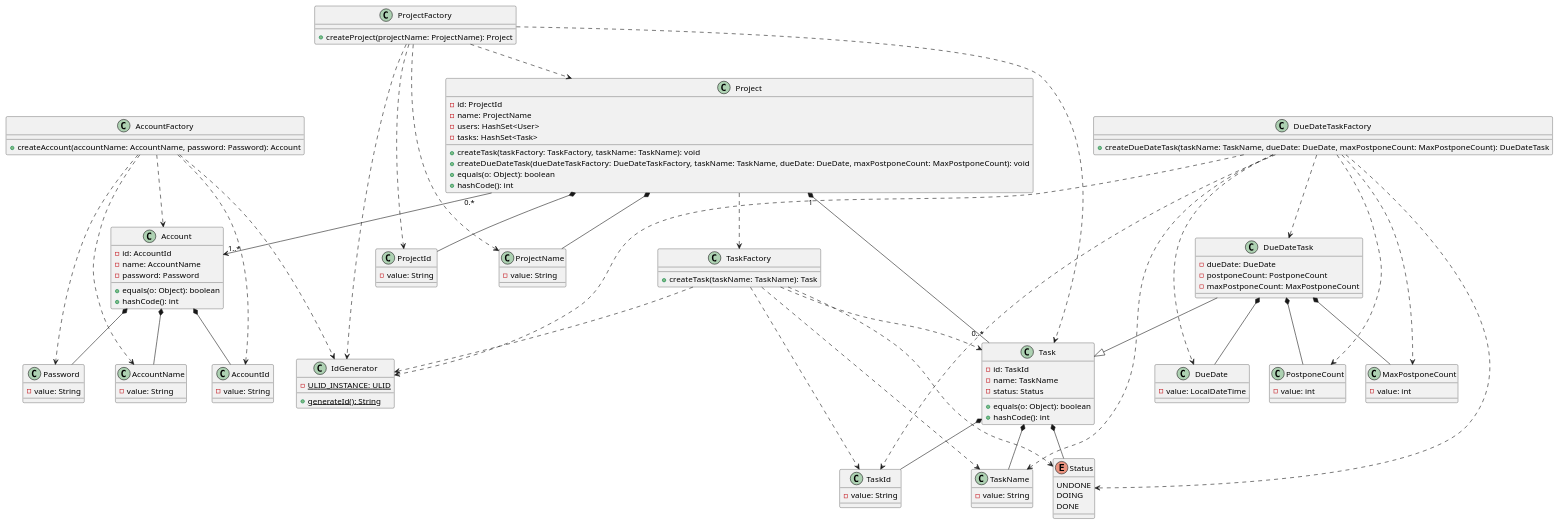
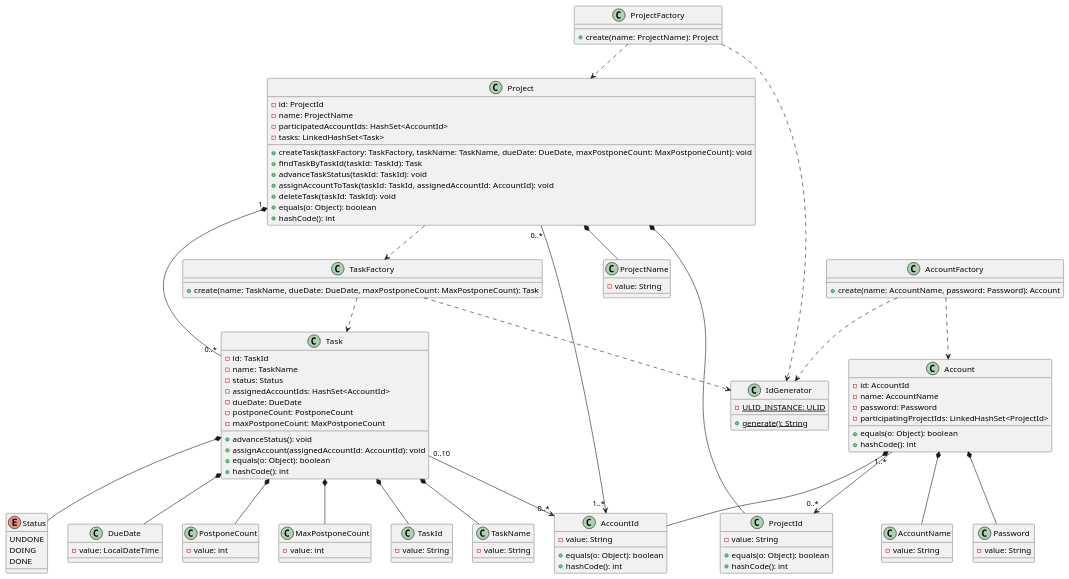
Before and after one commit to ORIKAMIxNEP/playground: the diagram in uml/class.puml, drawn with PlantUML. The commit also changed 98 other files, not shown here.

```diff
--- a/uml/class.puml
+++ b/uml/class.puml
@@ -1,140 +1,133 @@
 @startuml
 class Account {
   - id: AccountId
   - name: AccountName
   - password: Password
+  - participatingProjectIds: LinkedHashSet<ProjectId>
   + equals(o: Object): boolean
   + hashCode(): int
 }
 
 class AccountId {
   - value: String
+  + equals(o: Object): boolean
+  + hashCode(): int
 }
 
 class AccountName {
   - value: String
 }
 
 class Password {
   - value: String
 }
 
+Account *-- AccountId
+Account *-- AccountName
+Account *-- Password
+Account "1..*" --> "0..*" ProjectId
+
 class AccountFactory {
-  + createAccount(accountName: AccountName, password: Password): Account
+  + create(name: AccountName, password: Password): Account
 }
+
+AccountFactory ..> Account
+AccountFactory ..> IdGenerator
 
 class Project {
   - id: ProjectId
   - name: ProjectName
-  - users: HashSet<User>
-  - tasks: HashSet<Task>
-  + createTask(taskFactory: TaskFactory, taskName: TaskName): void
-  + createDueDateTask(dueDateTaskFactory: DueDateTaskFactory, taskName: TaskName, dueDate: DueDate, maxPostponeCount: MaxPostponeCount): void
+  - participatedAccountIds: HashSet<AccountId>
+  - tasks: LinkedHashSet<Task>
+  + createTask(taskFactory: TaskFactory, taskName: TaskName, dueDate: DueDate, maxPostponeCount: MaxPostponeCount): void
+  + findTaskByTaskId(taskId: TaskId): Task
+  + advanceTaskStatus(taskId: TaskId): void
+  + assignAccountToTask(taskId: TaskId, assignedAccountId: AccountId): void
+  + deleteTask(taskId: TaskId): void
   + equals(o: Object): boolean
   + hashCode(): int
 }
 
 class ProjectId {
   - value: String
+  + equals(o: Object): boolean
+  + hashCode(): int
 }
 
 class ProjectName {
   - value: String
 }
 
+Project *-- ProjectId
+Project *-- ProjectName
+Project "0..*" --> "1..*" AccountId
+Project "1" *-- "0..*" Task
+Project ..> TaskFactory
+
 class ProjectFactory {
-  + createProject(projectName: ProjectName): Project
+  + create(name: ProjectName): Project
 }
+
+ProjectFactory ..> Project
+ProjectFactory ..> IdGenerator
 
 class Task {
   - id: TaskId
   - name: TaskName
   - status: Status
+  - assignedAccountIds: HashSet<AccountId>
+  - dueDate: DueDate
+  - postponeCount: PostponeCount
+  - maxPostponeCount: MaxPostponeCount
+  + advanceStatus(): void
+  + assignAccount(assignedAccountId: AccountId): void
   + equals(o: Object): boolean
   + hashCode(): int
 }
 
 class TaskId {
   - value: String
 }
 
 class TaskName {
   - value: String
 }
 
 enum Status {
   UNDONE
   DOING
   DONE
 }
 
-class TaskFactory {
-  + createTask(taskName: TaskName): Task
-}
-
-class DueDateTask {
-  - dueDate: DueDate
-  - postponeCount: PostponeCount
-  - maxPostponeCount: MaxPostponeCount
-}
-
 class DueDate {
   - value: LocalDateTime
 }
 
 class PostponeCount {
   - value: int
 }
 
 class MaxPostponeCount {
   - value: int
 }
 
-class DueDateTaskFactory {
-  + createDueDateTask(taskName: TaskName, dueDate: DueDate, maxPostponeCount: MaxPostponeCount): DueDateTask
+Task *-- TaskId
+Task *-- TaskName
+Task *-- Status
+Task "0..10" --> "0..*" AccountId
+Task *-- DueDate
+Task *-- PostponeCount
+Task *-- MaxPostponeCount
+
+class TaskFactory {
+  + create(name: TaskName, dueDate: DueDate, maxPostponeCount: MaxPostponeCount): Task
 }
+
+TaskFactory ..> Task
+TaskFactory ..> IdGenerator
 
 class IdGenerator {
   {static} - ULID_INSTANCE: ULID
-  {static} + generateId(): String
+  {static} + generate(): String
 }
-
-Account *-- AccountId
-Account *-- AccountName
-Account *-- Password
-AccountFactory ..> Account
-AccountFactory ..> AccountId
-AccountFactory ..> IdGenerator
-AccountFactory ..> AccountName
-AccountFactory ..> Password
-Project *-- ProjectId
-Project *-- ProjectName
-Project "0.*" --> "1..*" Account
-Project "1" *-- "0..*" Task
-Project ..> TaskFactory
-ProjectFactory ..> Project
-ProjectFactory ..> ProjectId
-ProjectFactory ..> IdGenerator
-ProjectFactory ..> ProjectName
-ProjectFactory ..> Task
-Task *-- TaskId
-Task *-- TaskName
-Task *-- Status
-TaskFactory ..> Task
-TaskFactory ..> TaskId
-TaskFactory ..> IdGenerator
-TaskFactory ..> TaskName
-TaskFactory ..> Status
-DueDateTask --|> Task
-DueDateTask *-- DueDate
-DueDateTask *-- PostponeCount
-DueDateTask *-- MaxPostponeCount
-DueDateTaskFactory ..> DueDateTask
-DueDateTaskFactory ..> TaskId
-DueDateTaskFactory ..> IdGenerator
-DueDateTaskFactory ..> TaskName
-DueDateTaskFactory ..> Status
-DueDateTaskFactory ..> DueDate
-DueDateTaskFactory ..> PostponeCount
-DueDateTaskFactory ..> MaxPostponeCount
 @enduml
```
